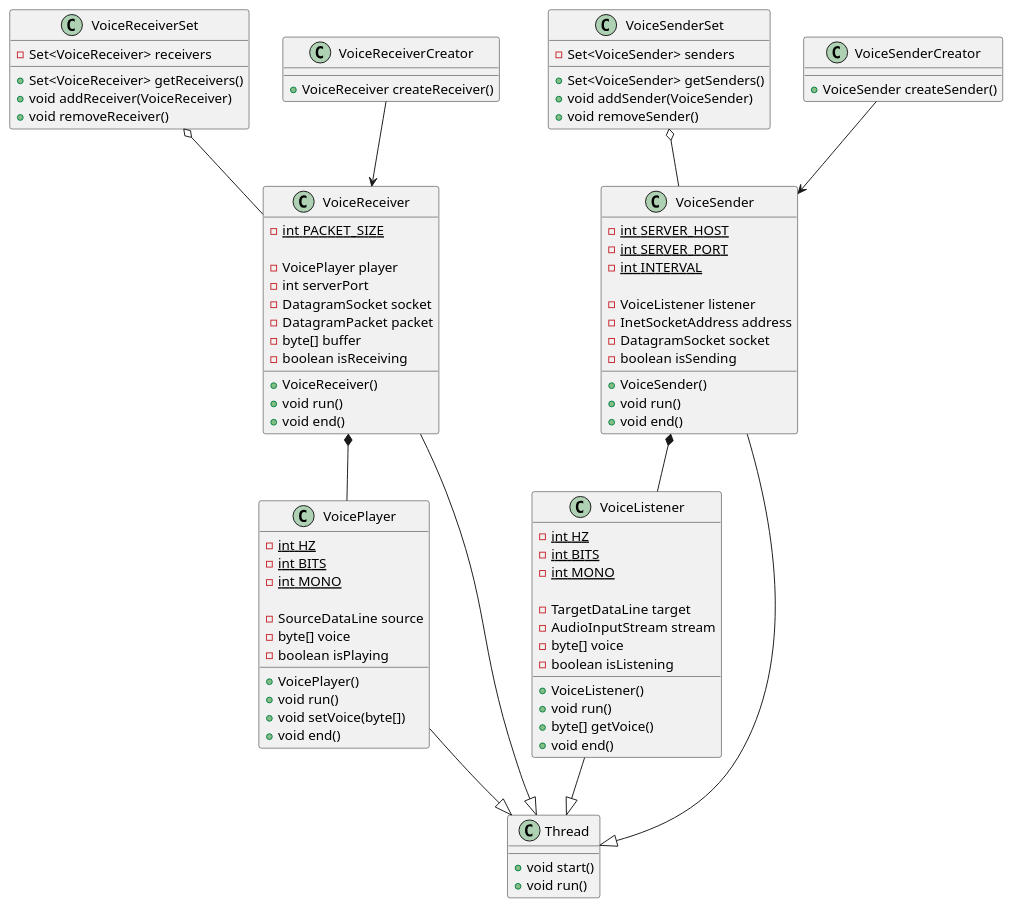
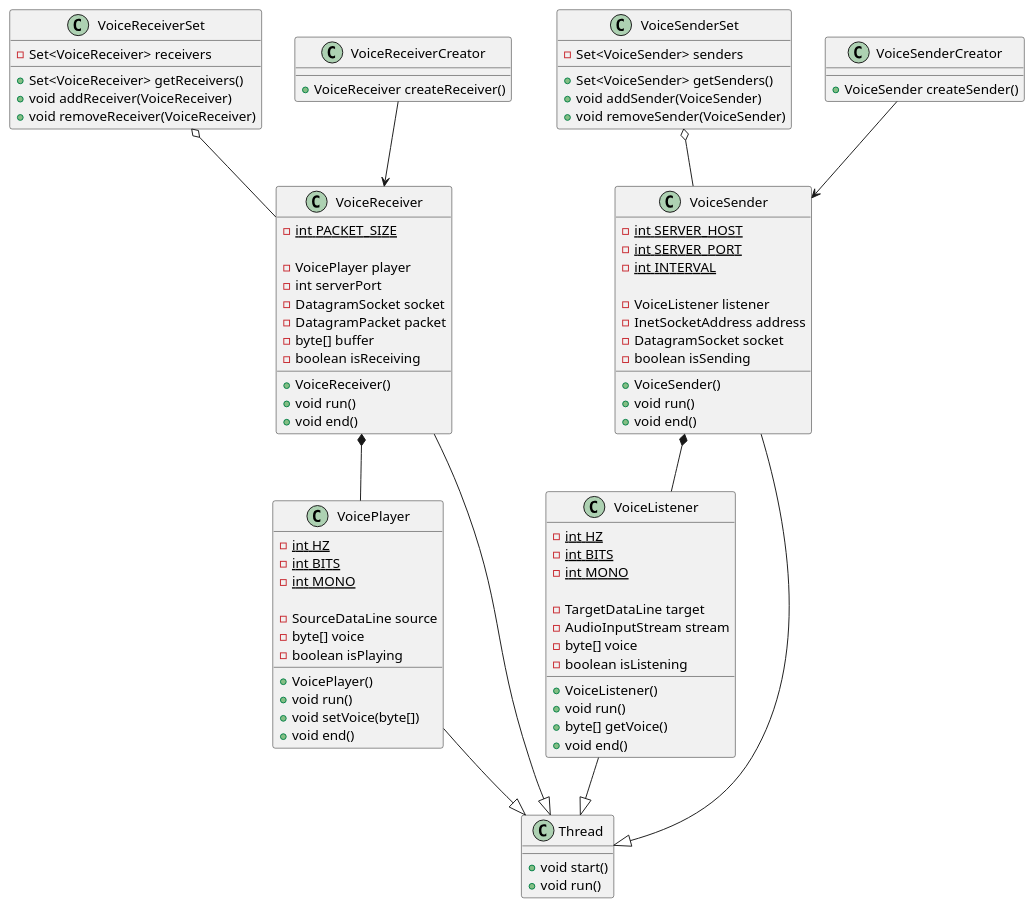
One commit to TOMOFUMI-KONDO/voice-transfer changed the diagram in diagram/classDiagram.puml. Above: the diagram before and after it, drawn with PlantUML. The commit also changed 3 other files, not shown here.

Commit message:
Updated diagrams

```diff
--- a/diagram/classDiagram.puml
+++ b/diagram/classDiagram.puml
@@ -1,106 +1,106 @@
 @startuml
 
 class VoiceReceiverSet {
     - Set<VoiceReceiver> receivers
 
     + Set<VoiceReceiver> getReceivers()
     + void addReceiver(VoiceReceiver)
-    + void removeReceiver()
+    + void removeReceiver(VoiceReceiver)
 }
 
 class VoiceReceiverCreator {
     + VoiceReceiver createReceiver()
 }
 
 class VoiceReceiver {
     - {static} int PACKET_SIZE
 
     - VoicePlayer player
     - int serverPort
     - DatagramSocket socket
     - DatagramPacket packet
     - byte[] buffer
     - boolean isReceiving
 
     + VoiceReceiver()
     + void run()
     + void end()
 }
 
 class VoicePlayer{
     - {static} int HZ
     - {static} int BITS
     - {static} int MONO
 
     - SourceDataLine source
     - byte[] voice
     - boolean isPlaying
 
     + VoicePlayer()
     + void run()
     + void setVoice(byte[])
     + void end()
 }
 
 class VoiceSenderSet {
     - Set<VoiceSender> senders
 
     + Set<VoiceSender> getSenders()
     + void addSender(VoiceSender)
-    + void removeSender()
+    + void removeSender(VoiceSender)
 }
 
 class VoiceSenderCreator {
     + VoiceSender createSender()
 }
 
 class VoiceSender {
     - {static} int SERVER_HOST
     - {static} int SERVER_PORT
     - {static} int INTERVAL
 
     - VoiceListener listener
     - InetSocketAddress address
     - DatagramSocket socket
     - boolean isSending
 
     + VoiceSender()
     + void run()
     + void end()
 }
 
 class VoiceListener {
     - {static} int HZ
     - {static} int BITS
     - {static} int MONO
 
     - TargetDataLine target
     - AudioInputStream stream
     - byte[] voice
     - boolean isListening
 
     + VoiceListener()
     + void run()
     + byte[] getVoice()
     + void end()
 }
 
 class Thread {
      + void start()
      + void run()
 }
 
 
 VoiceReceiverSet o-- VoiceReceiver
 VoiceReceiverCreator --> VoiceReceiver
 VoiceReceiver --|> Thread
 VoiceReceiver *-- VoicePlayer
 VoicePlayer --|> Thread
 
 VoiceSenderSet o-- VoiceSender
 VoiceSenderCreator --> VoiceSender
 VoiceSender --|> Thread
 VoiceSender *-- VoiceListener
 VoiceListener --|> Thread
 
 @enduml
```
